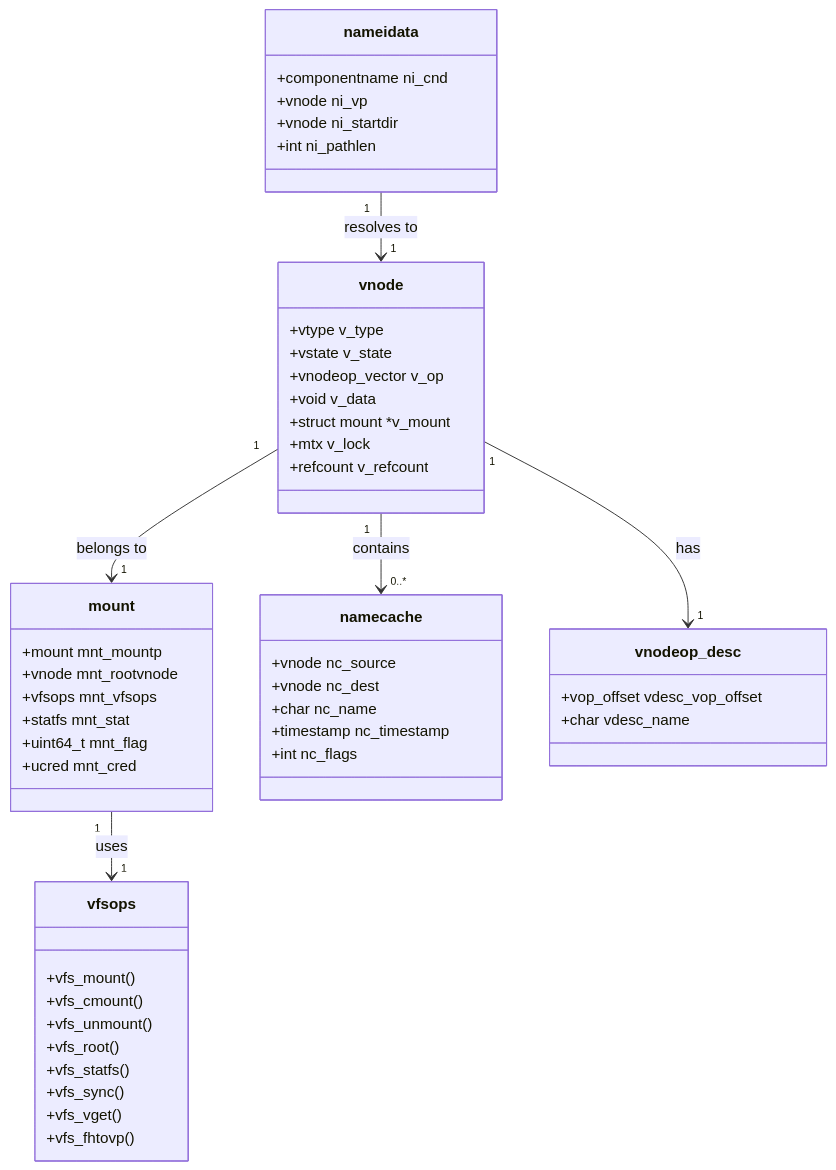
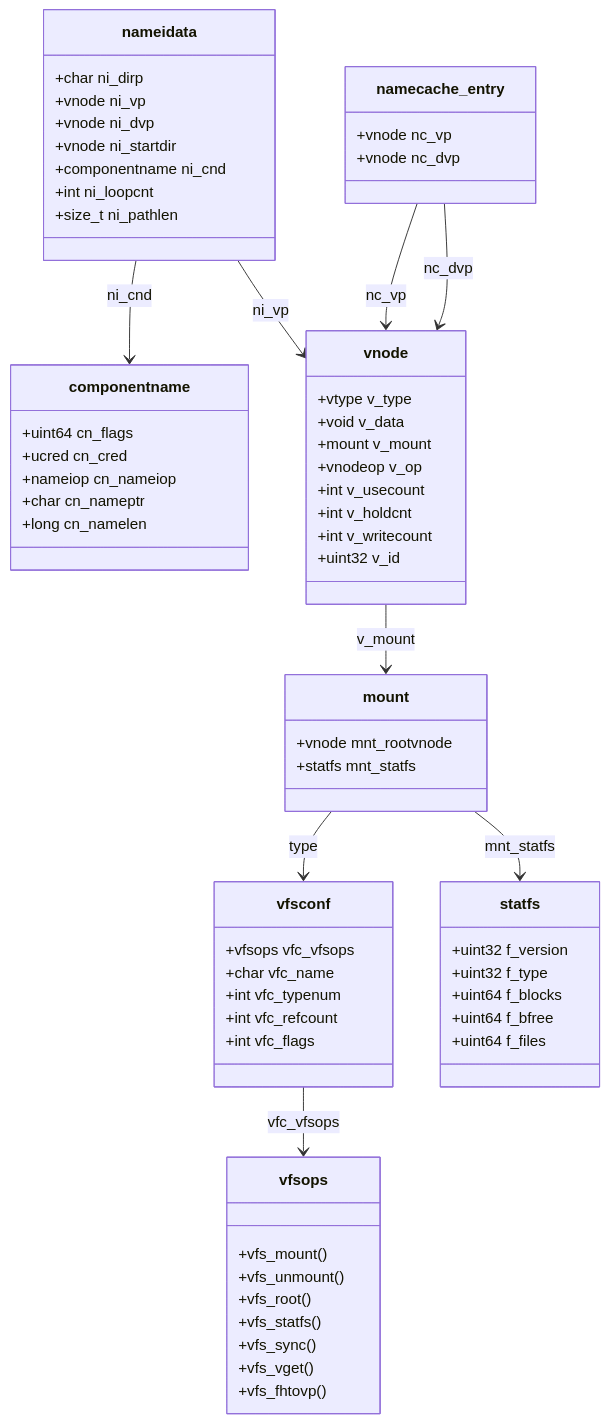
Before and after one commit to ocochard/freebsd-src: the diagram in sys/fs/README.md, drawn with Mermaid. The commit also changed other lines of this file and 40 other files, not shown here.

````diff
--- a/sys/fs/README.md
+++ b/sys/fs/README.md
@@ -232,52 +354,68 @@
 ```mermaid
 classDiagram
-    class vnode {
-        +vtype v_type
-        +vstate v_state
-        +vnodeop_vector v_op
-        +void v_data
-        +struct mount *v_mount
-        +mtx v_lock
-        +refcount v_refcount
-    }
-    class mount {
-        +mount mnt_mountp
-        +vnode mnt_rootvnode
-        +vfsops mnt_vfsops
-        +statfs mnt_stat
-        +uint64_t mnt_flag
-        +ucred mnt_cred
-    }
-    class vfsops {
-        +vfs_mount()
-        +vfs_cmount()
-        +vfs_unmount()
-        +vfs_root()
-        +vfs_statfs()
-        +vfs_sync()
-        +vfs_vget()
-        +vfs_fhtovp()
-    }
-    class namecache {
-        +vnode nc_source
-        +vnode nc_dest
-        +char nc_name
-        +timestamp nc_timestamp
-        +int nc_flags
-    }
-    class nameidata {
-        +componentname ni_cnd
-        +vnode ni_vp
-        +vnode ni_startdir
-        +int ni_pathlen
-    }
-    class vnodeop_desc {
-        +vop_offset vdesc_vop_offset
-        +char vdesc_name
-    }
-    vnode "1" --> "1" mount : belongs to
-    mount "1" --> "1" vfsops : uses
-    vnode "1" --> "0..*" namecache : contains
-    nameidata "1" --> "1" vnode : resolves to
-    vnode "1" --> "1" vnodeop_desc : has
+  class vnode {
+    +vtype v_type
+    +void v_data
+    +mount v_mount
+    +vnodeop v_op
+    +int v_usecount
+    +int v_holdcnt
+    +int v_writecount
+    +uint32 v_id
+  }
+  class mount {
+    +vnode mnt_rootvnode
+    +statfs mnt_statfs
+  }
+  class vfsops {
+    +vfs_mount()
+    +vfs_unmount()
+    +vfs_root()
+    +vfs_statfs()
+    +vfs_sync()
+    +vfs_vget()
+    +vfs_fhtovp()
+  }
+  class vfsconf {
+    +vfsops vfc_vfsops
+    +char vfc_name
+    +int vfc_typenum
+    +int vfc_refcount
+    +int vfc_flags
+  }
+  class nameidata {
+    +char ni_dirp
+    +vnode ni_vp
+    +vnode ni_dvp
+    +vnode ni_startdir
+    +componentname ni_cnd
+    +int ni_loopcnt
+    +size_t ni_pathlen
+  }
+  class componentname {
+    +uint64 cn_flags
+    +ucred cn_cred
+    +nameiop cn_nameiop
+    +char cn_nameptr
+    +long cn_namelen
+  }
+  class namecache_entry {
+    +vnode nc_vp
+    +vnode nc_dvp
+  }
+  class statfs {
+    +uint32 f_version
+    +uint32 f_type
+    +uint64 f_blocks
+    +uint64 f_bfree
+    +uint64 f_files
+  }
+  vnode --> mount : v_mount
+  mount --> vfsconf : type
+  vfsconf --> vfsops : vfc_vfsops
+  mount --> statfs : mnt_statfs
+  nameidata --> componentname : ni_cnd
+  nameidata --> vnode : ni_vp
+  namecache_entry --> vnode : nc_vp
+  namecache_entry --> vnode : nc_dvp
 ```
````
